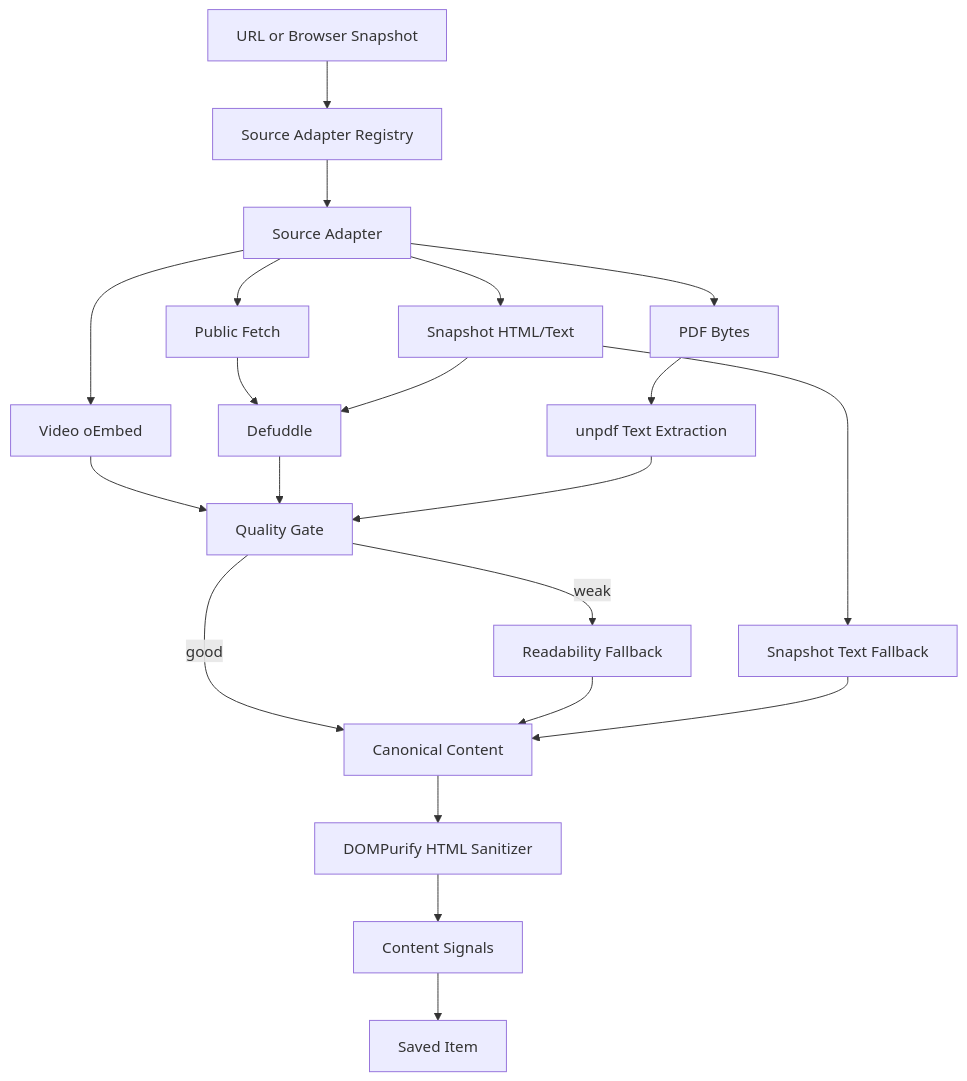
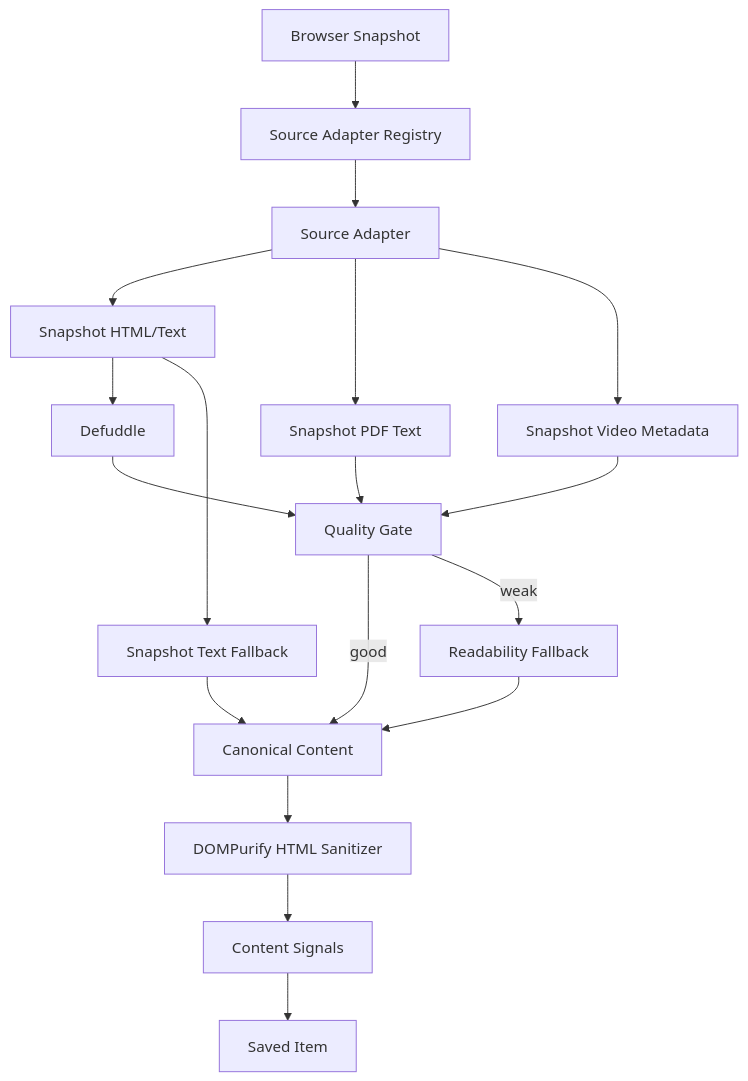
Before and after one commit to c0sc0s/Hunter: the diagram in docs/CONTENT_RECOGNITION.md, drawn with Mermaid. The commit also changed other lines of this file and 166 other files, not shown here.

````diff
--- a/docs/CONTENT_RECOGNITION.md
+++ b/docs/CONTENT_RECOGNITION.md
@@ -49,23 +47,20 @@
 ```mermaid
 flowchart TD
-  Input["URL or Browser Snapshot"] --> Router["Source Adapter Registry"]
+  Input["Browser Snapshot"] --> Router["Source Adapter Registry"]
   Router --> Source["Source Adapter"]
-  Source --> PublicFetch["Public Fetch"]
-  Source --> Snapshot["Snapshot HTML/Text"]
-  Source --> PDF["PDF Bytes"]
-  Source --> VideoEmbed["Video oEmbed"]
-  PublicFetch --> Defuddle["Defuddle"]
-  Snapshot --> Defuddle
-  PDF --> PDFText["unpdf Text Extraction"]
-  VideoEmbed --> Quality
+  Source --> SnapshotHtml["Snapshot HTML/Text"]
+  Source --> SnapshotPdf["Snapshot PDF Text"]
+  Source --> SnapshotVideo["Snapshot Video Metadata"]
+  SnapshotHtml --> Defuddle["Defuddle"]
   Defuddle --> Quality["Quality Gate"]
-  PDFText --> Quality
+  SnapshotPdf --> Quality
+  SnapshotVideo --> Quality
   Quality -->|good| Canonical["Canonical Content"]
   Quality -->|weak| Readability["Readability Fallback"]
   Readability --> Canonical
-  Snapshot --> SnapshotFallback["Snapshot Text Fallback"]
+  SnapshotHtml --> SnapshotFallback["Snapshot Text Fallback"]
   SnapshotFallback --> Canonical
   Canonical --> Sanitizer["DOMPurify HTML Sanitizer"]
   Sanitizer --> Signals["Content Signals"]
   Signals --> Item["Saved Item"]
 ```
````
